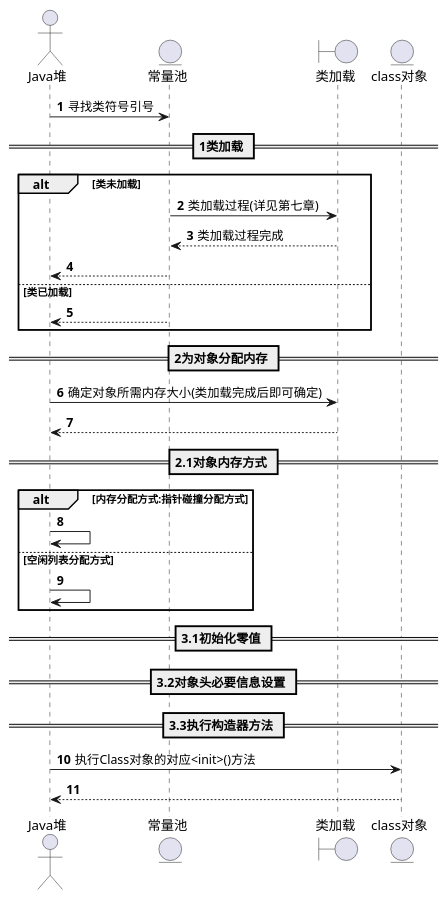
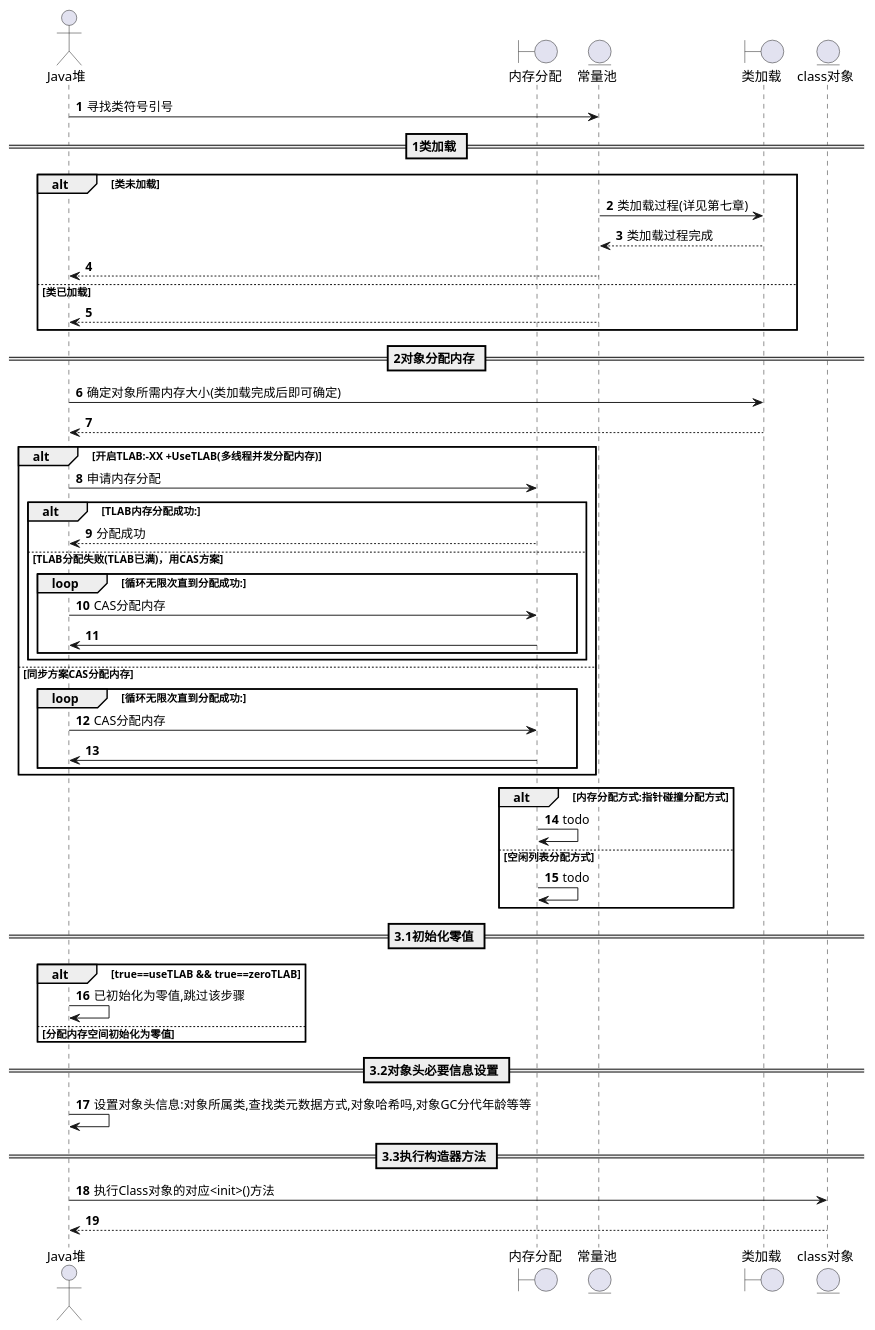
Before and after one commit to chujun/gitbook: the diagram in java/深入java虚拟机第三版/plantuml/对象创建.puml, drawn with PlantUML. The commit also changed 1 other file, not shown here.

```diff
--- a/java/深入java虚拟机第三版/plantuml/对象创建.puml
+++ b/java/深入java虚拟机第三版/plantuml/对象创建.puml
@@ -1,35 +1,56 @@
 @startuml
 actor Java堆 as heap
+boundary 内存分配 as allocation
 entity 常量池 as pool
 boundary 类加载
 entity class对象 as class
+
 autonumber
 
 
 heap -> pool: 寻找类符号引号
 == 1类加载 ==
 alt 类未加载
     pool -> 类加载: 类加载过程(详见第七章)
     类加载 --> pool: 类加载过程完成
     pool--> heap:
 else 类已加载
     pool--> heap:
 end
-== 2为对象分配内存 ==
+== 2对象分配内存 ==
 heap -> 类加载: 确定对象所需内存大小(类加载完成后即可确定)
 类加载 --> heap:
 
-== 2.1对象内存方式 ==
+alt 开启TLAB:-XX +UseTLAB(多线程并发分配内存)
+    heap -> allocation:申请内存分配
+    alt TLAB内存分配成功:
+        allocation-->heap:分配成功
+    else TLAB分配失败(TLAB已满)，用CAS方案
+        loop 循环无限次直到分配成功:
+            heap -> allocation:CAS分配内存
+            allocation-> heap:
+        end
+    end
+else 同步方案CAS分配内存
+    loop 循环无限次直到分配成功:
+        heap -> allocation:CAS分配内存
+        allocation-> heap:
+    end
+end
 alt 内存分配方式:指针碰撞分配方式
-    heap->heap:
+    allocation->allocation:todo
 else 空闲列表分配方式
-    heap->heap:
+    allocation->allocation:todo
 end
 == 3.1初始化零值 ==
-
+alt true==useTLAB && true==zeroTLAB
+    heap->heap:已初始化为零值,跳过该步骤
+else 分配内存空间初始化为零值
+end
 == 3.2对象头必要信息设置 ==
+heap->heap:设置对象头信息:对象所属类,查找类元数据方式,对象哈希吗,对象GC分代年龄等等
 
 == 3.3执行构造器方法 ==
 heap -> class: 执行Class对象的对应<init>()方法
 class --> heap:
 @enduml
```
